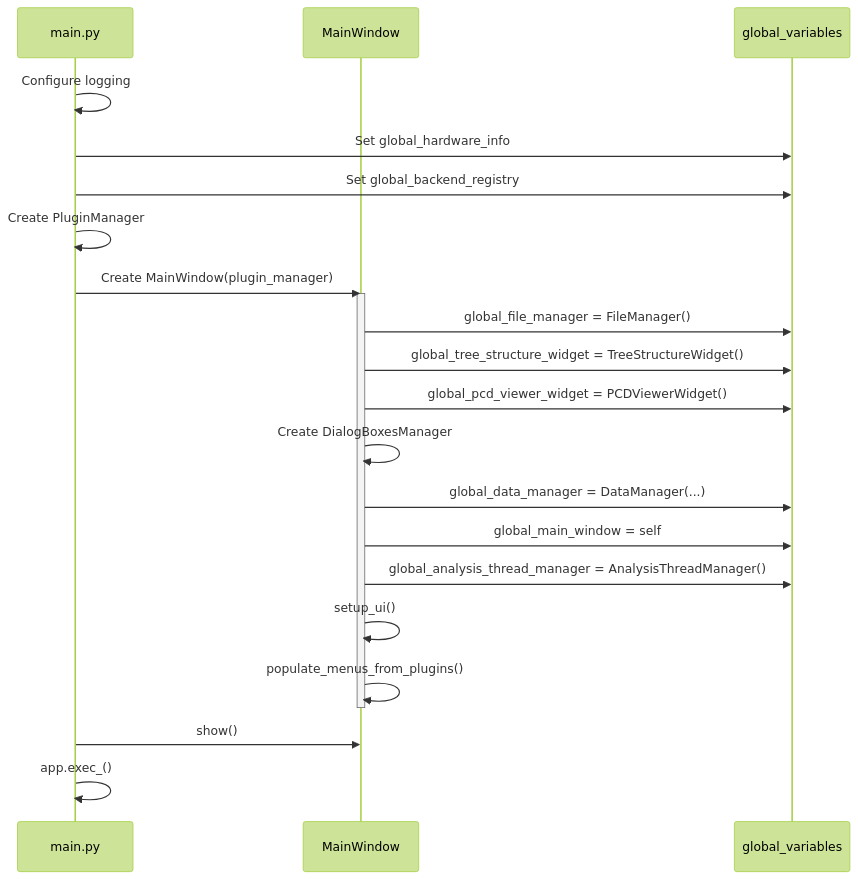
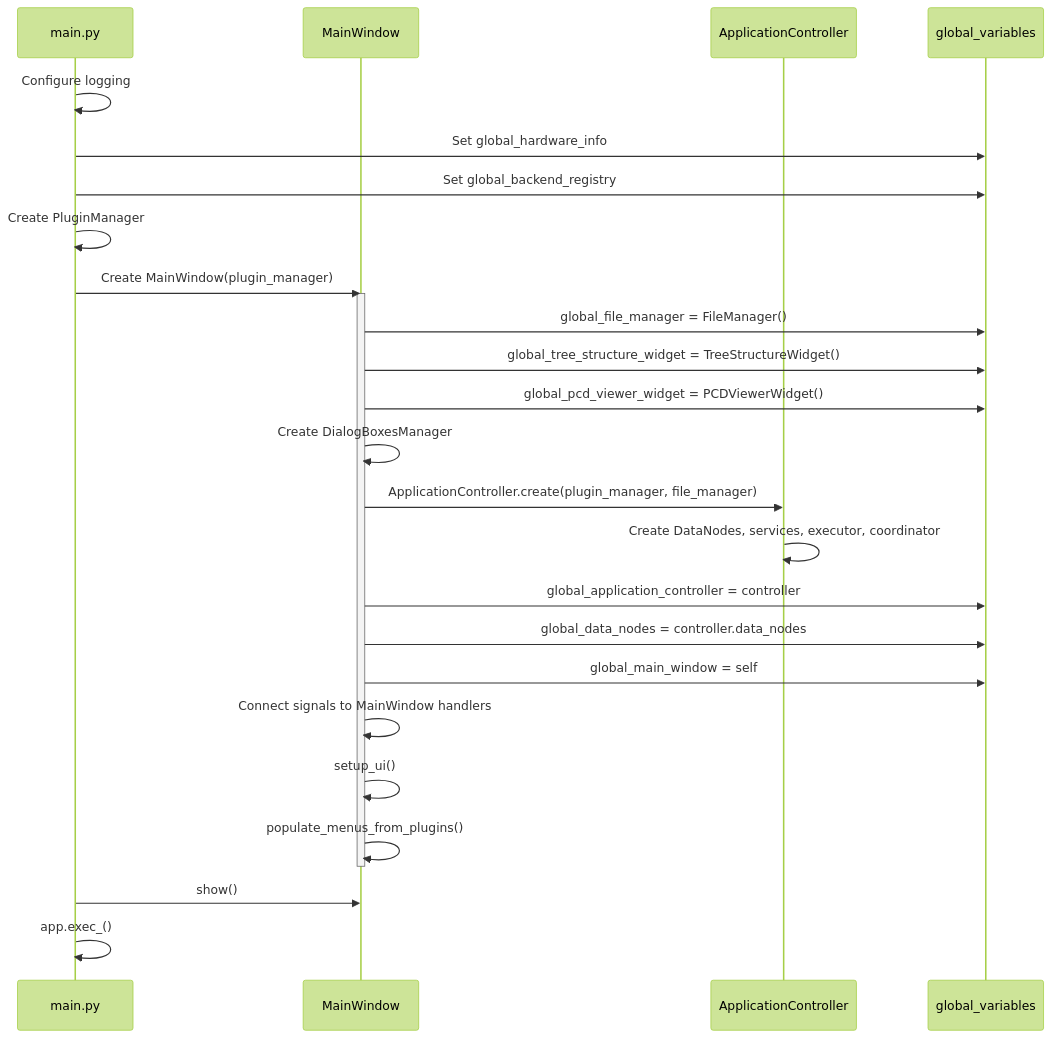
One commit to Sepehr-Sobhani-AU/SPCToolkit changed the second of 8 diagrams in ARCHITECTURE.md. Above: the diagram before and after it, drawn with Mermaid (forest theme). The commit also changed other lines of this file and 1 other file, not shown here.

First line of the commit message:
Update CLAUDE.md and ARCHITECTURE.md for new architecture

````diff
--- a/ARCHITECTURE.md
+++ b/ARCHITECTURE.md
@@ -106,28 +133,32 @@
 ```mermaid
 sequenceDiagram
     participant M as main.py
     participant MW as MainWindow
+    participant AC as ApplicationController
     participant GV as global_variables
 
     M->>M: Configure logging
     M->>GV: Set global_hardware_info
     M->>GV: Set global_backend_registry
     M->>M: Create PluginManager
 
     M->>MW: Create MainWindow(plugin_manager)
 
     activate MW
     MW->>GV: global_file_manager = FileManager()
     MW->>GV: global_tree_structure_widget = TreeStructureWidget()
     MW->>GV: global_pcd_viewer_widget = PCDViewerWidget()
     MW->>MW: Create DialogBoxesManager
-    MW->>GV: global_data_manager = DataManager(...)
+    MW->>AC: ApplicationController.create(plugin_manager, file_manager)
+    AC->>AC: Create DataNodes, services, executor, coordinator
+    MW->>GV: global_application_controller = controller
+    MW->>GV: global_data_nodes = controller.data_nodes
     MW->>GV: global_main_window = self
-    MW->>GV: global_analysis_thread_manager = AnalysisThreadManager()
+    MW->>MW: Connect signals to MainWindow handlers
     MW->>MW: setup_ui()
     MW->>MW: populate_menus_from_plugins()
     deactivate MW
 
     M->>MW: show()
     M->>M: app.exec_()
 ```
````
